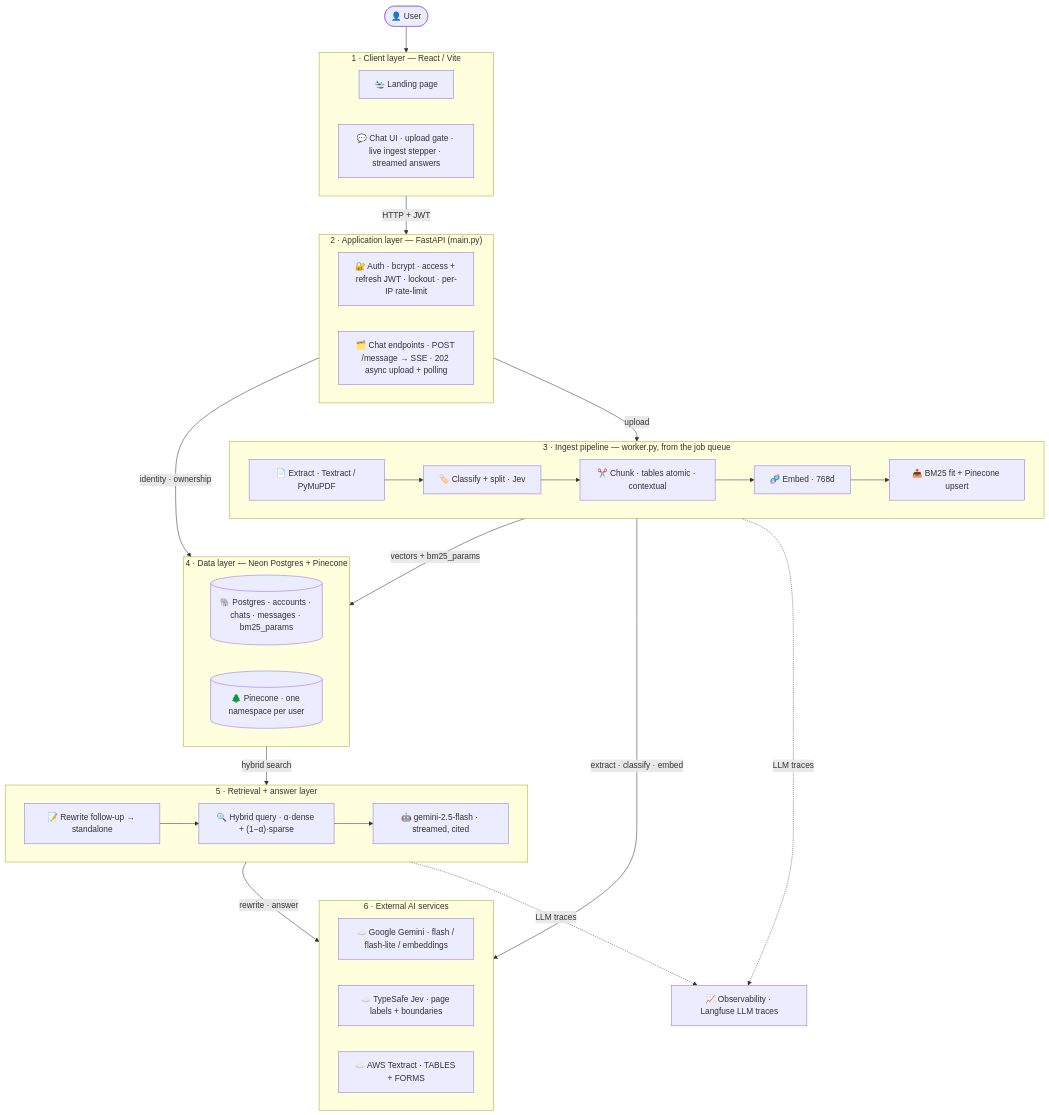
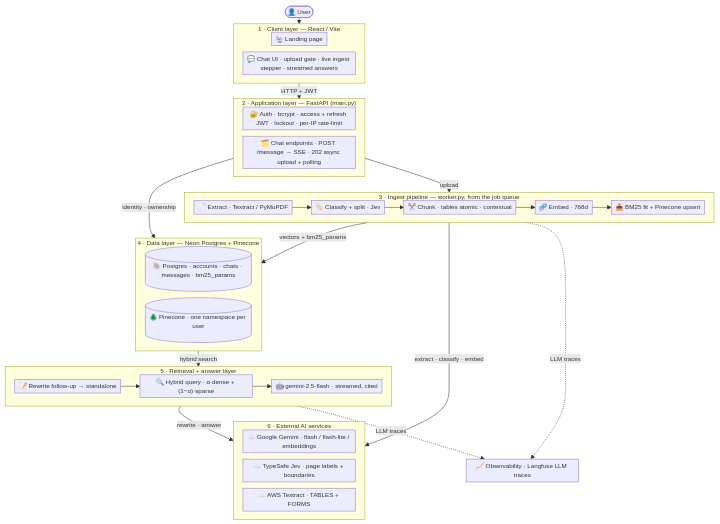
The diagram in README.md (VIVPM/document-retrieval-system), drawn with Mermaid before and after one commit. The commit also changed other lines of this file, not shown here.

Commit message:
docs: compact architecture diagram and trim setup text

````diff
--- a/README.md
+++ b/README.md
@@ -71,48 +71,49 @@
 ```mermaid
+%%{init: {"flowchart": {"rankSpacing": 12, "nodeSpacing": 12, "padding": 4}, "themeVariables": {"fontSize": "12px"}}}%%
 graph TD
     User(["👤 User"])
 
     subgraph CLIENT ["1 · Client layer — React / Vite"]
         Land["🛬 Landing page"]
         UI["💬 Chat UI · upload gate · live ingest stepper · streamed answers"]
     end
 
     subgraph APP ["2 · Application layer — FastAPI (main.py)"]
         Auth["🔐 Auth · bcrypt · access + refresh JWT · lockout · per-IP rate-limit"]
         REST["🗂️ Chat endpoints · POST /message → SSE · 202 async upload + polling"]
     end
 
     subgraph INGEST ["3 · Ingest pipeline — worker.py, from the job queue"]
         direction LR
         Ext["📄 Extract · Textract / PyMuPDF"] --> Split["🏷️ Classify + split · Jev"] --> Chunk["✂️ Chunk · tables atomic · contextual"] --> Emb["🧬 Embed · 768d"] --> Up["📤 BM25 fit + Pinecone upsert"]
     end
 
     subgraph DATA ["4 · Data layer — Neon Postgres + Pinecone"]
         PG[("🐘 Postgres · accounts · chats · messages · bm25_params")]
         Pine[("🌲 Pinecone · one namespace per user")]
     end
 
     subgraph QUERY ["5 · Retrieval + answer layer"]
         direction LR
         RW["📝 Rewrite follow-up → standalone"] --> Hyb["🔍 Hybrid query · α·dense + (1−α)·sparse"] --> Ans["🤖 gemini-2.5-flash · streamed, cited"]
     end
 
     subgraph EXT ["6 · External AI services"]
         Gem["☁️ Google Gemini · flash / flash-lite / embeddings"]
         Jev["☁️ TypeSafe Jev · page labels + boundaries"]
         Tex["☁️ AWS Textract · TABLES + FORMS"]
     end
 
     OBS["📈 Observability · Langfuse LLM traces"]
 
     User --> CLIENT
     CLIENT -->|HTTP + JWT| APP
     APP -->|identity · ownership| DATA
     APP -->|upload| INGEST
     INGEST -->|vectors + bm25_params| DATA
     DATA -->|hybrid search| QUERY
     INGEST -->|extract · classify · embed| EXT
     QUERY -->|rewrite · answer| EXT
     INGEST -.->|LLM traces| OBS
     QUERY -.->|LLM traces| OBS
 ```
````
